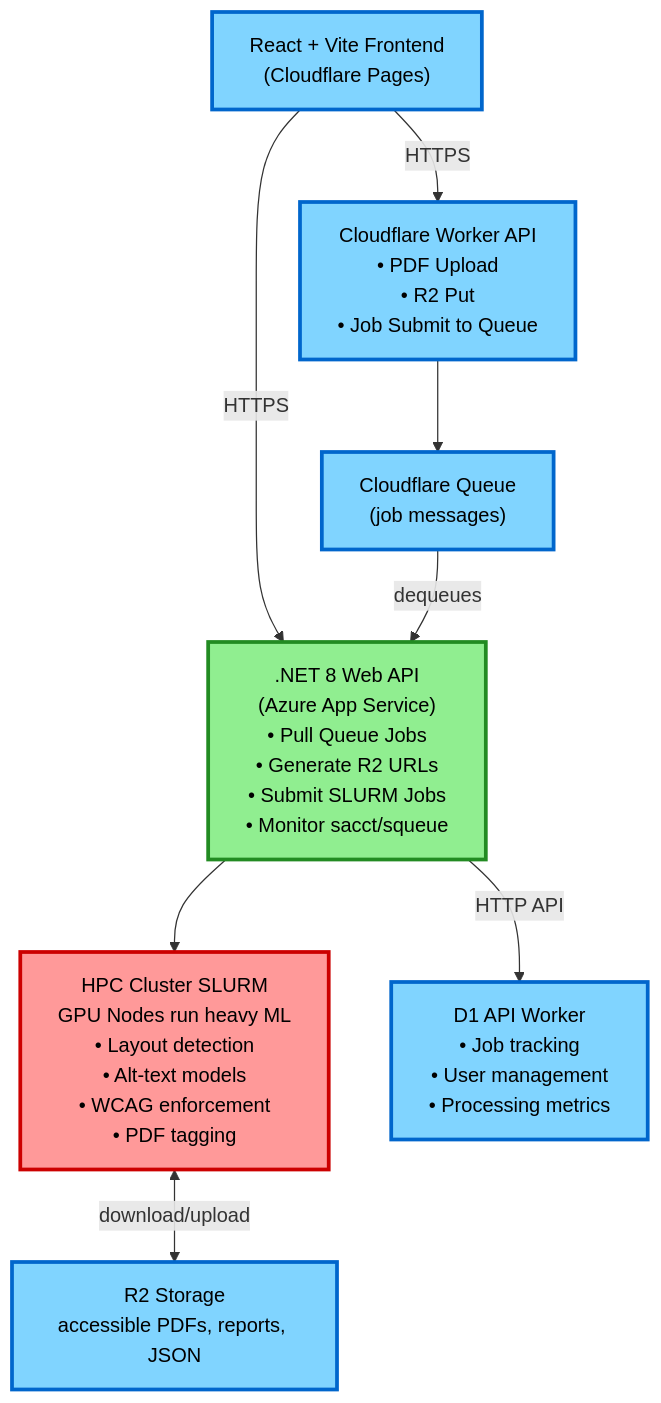
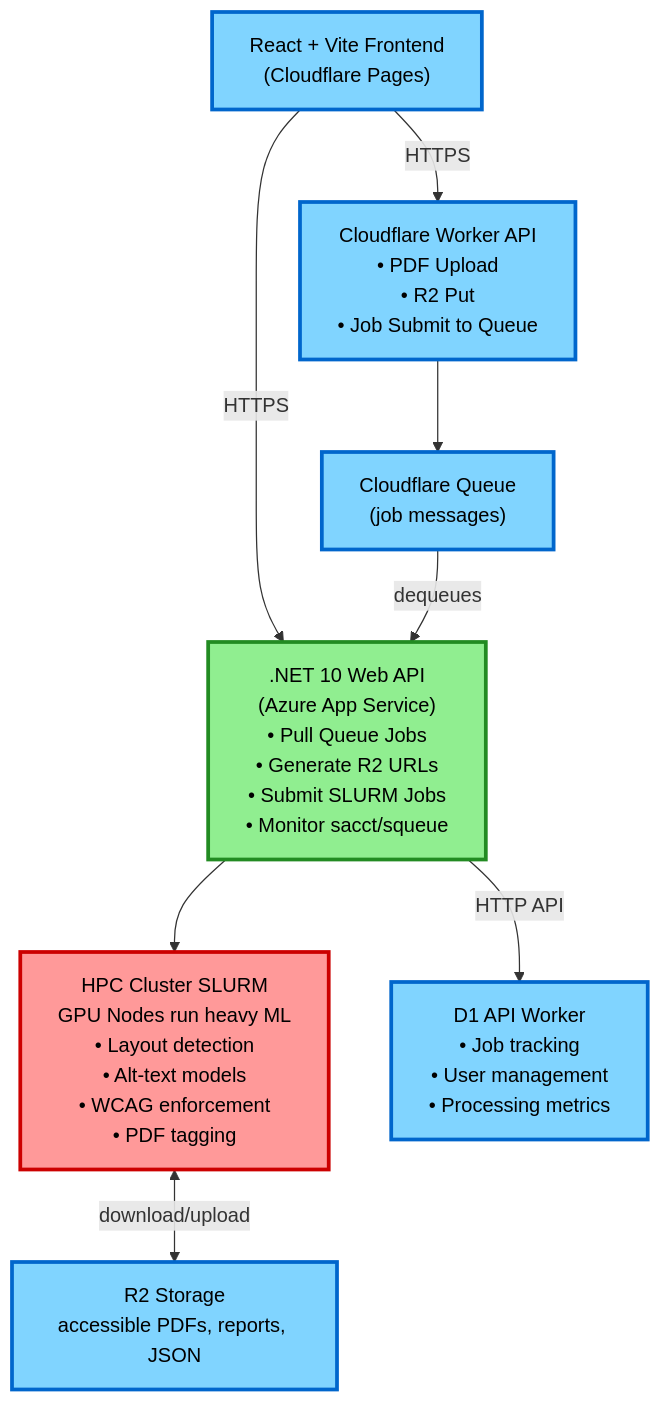
The first of 2 diagrams in docs/ARCHITECTURE.md (ucdavis/accessible-pdf-rocky), drawn with Mermaid before and after one commit. The commit also changed other lines of this file and 15 other files, not shown here.

````diff
--- a/docs/ARCHITECTURE.md
+++ b/docs/ARCHITECTURE.md
@@ -65,26 +65,26 @@
 ```mermaid
 flowchart TD
     Frontend["React + Vite Frontend<br/>(Cloudflare Pages)"] -->|HTTPS| Workers
     Frontend -->|HTTPS| Controller
     
     Workers["Cloudflare Worker API<br/>• PDF Upload<br/>• R2 Put<br/>• Job Submit to Queue"] --> Queue
     
     Queue["Cloudflare Queue<br/>(job messages)"] -->|dequeues| Controller
     
-    Controller[".NET 8 Web API<br/>(Azure App Service)<br/>• Pull Queue Jobs<br/>• Generate R2 URLs<br/>• Submit SLURM Jobs<br/>• Monitor sacct/squeue"] --> HPC
+    Controller[".NET 10 Web API<br/>(Azure App Service)<br/>• Pull Queue Jobs<br/>• Generate R2 URLs<br/>• Submit SLURM Jobs<br/>• Monitor sacct/squeue"] --> HPC
     Controller -->|HTTP API| DBWorker
     
     DBWorker["D1 API Worker<br/>• Job tracking<br/>• User management<br/>• Processing metrics"]
     
     HPC["HPC Cluster SLURM<br/>GPU Nodes run heavy ML<br/>• Layout detection<br/>• Alt-text models<br/>• WCAG enforcement<br/>• PDF tagging"] <-->|download/upload| R2
     
     R2["R2 Storage<br/>accessible PDFs, reports, JSON"]
     
     style Frontend fill:#80d4ff,stroke:#0066cc,stroke-width:3px,color:#000
     style Workers fill:#80d4ff,stroke:#0066cc,stroke-width:3px,color:#000
     style Queue fill:#80d4ff,stroke:#0066cc,stroke-width:3px,color:#000
     style Controller fill:#90ee90,stroke:#228b22,stroke-width:3px,color:#000
     style DBWorker fill:#80d4ff,stroke:#0066cc,stroke-width:3px,color:#000
     style HPC fill:#ff9999,stroke:#cc0000,stroke-width:3px,color:#000
     style R2 fill:#80d4ff,stroke:#0066cc,stroke-width:3px,color:#000
 ```
````
